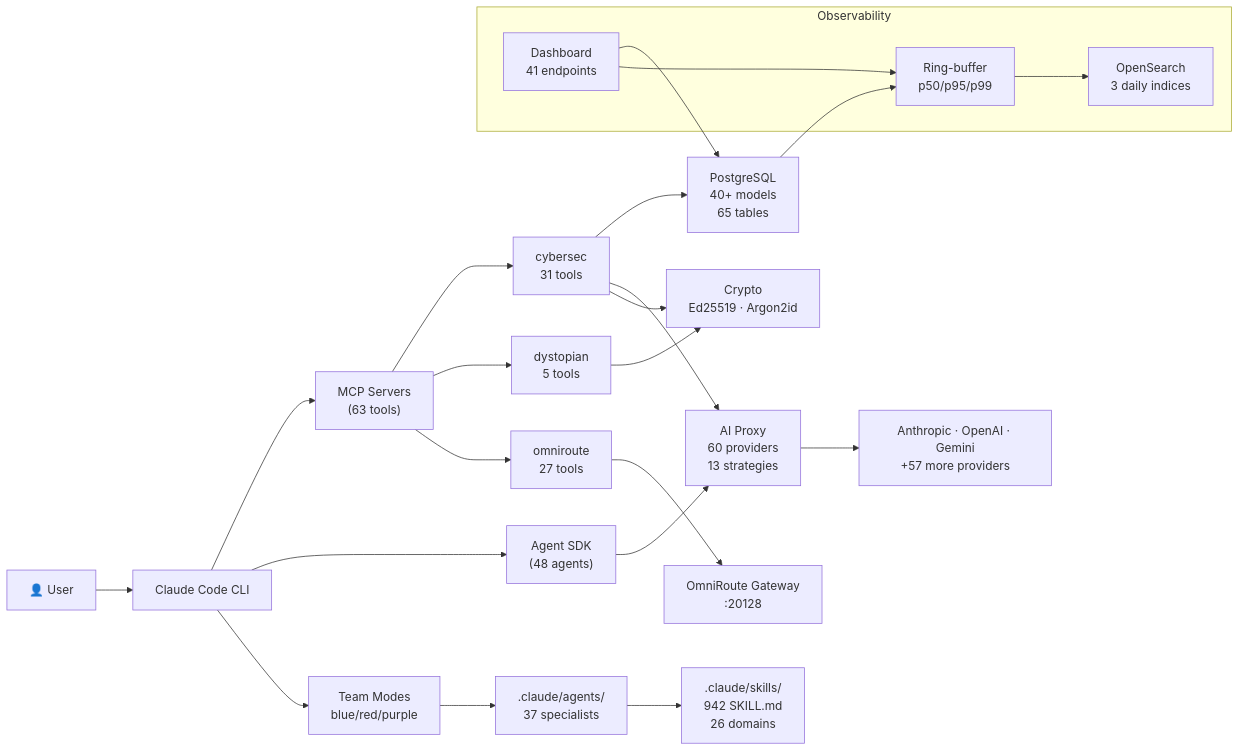
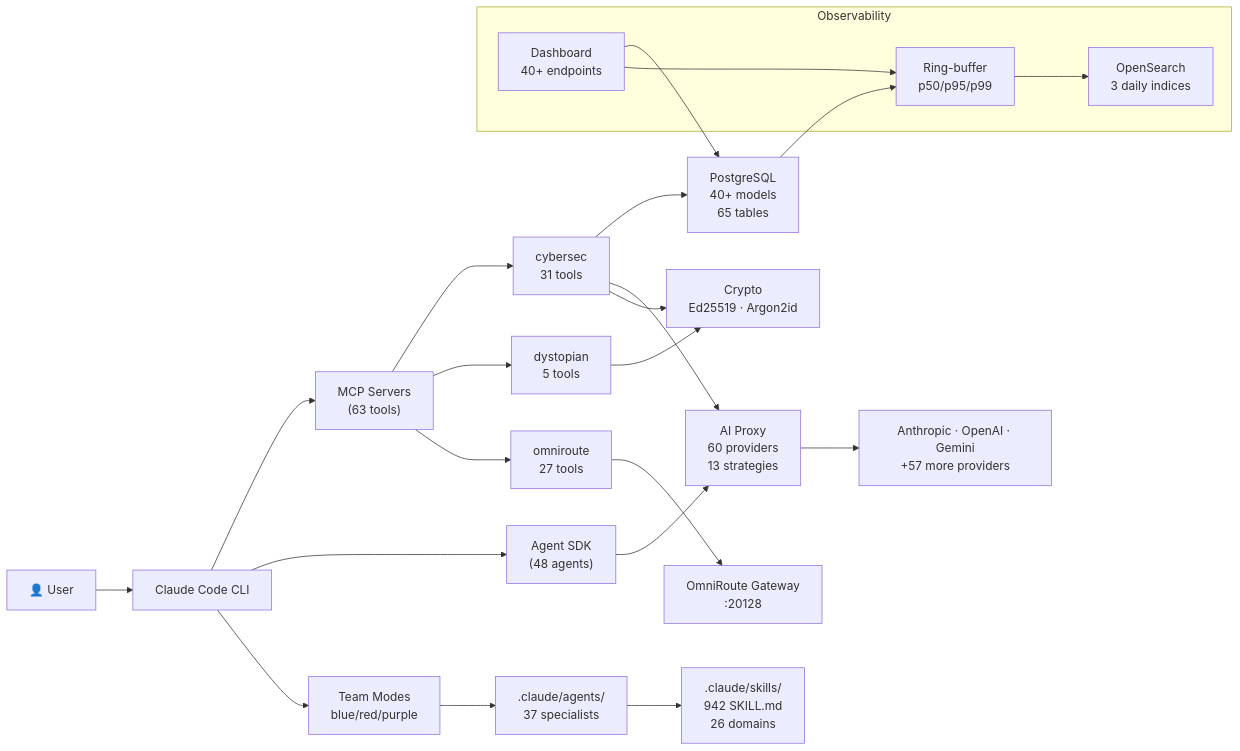
The first of 2 diagrams in docs/architecture.md (DCx7C5/cybersecsuite), drawn with Mermaid before and after one commit. The commit also changed other lines of this file and 112 other files, not shown here.

````diff
--- a/docs/architecture.md
+++ b/docs/architecture.md
@@ -360,35 +361,35 @@
 ```mermaid
 flowchart LR
     User["👤 User"] --> CLI["Claude Code CLI"]
     CLI --> MCP["MCP Servers\n(63 tools)"]
     CLI --> AgentSDK["Agent SDK\n(48 agents)"]
 
     MCP --> Cybersec["cybersec\n31 tools"]
     MCP --> Dystopian["dystopian\n5 tools"]
     MCP --> OmniRoute["omniroute\n27 tools"]
 
     Cybersec --> DB["PostgreSQL\n40+ models\n65 tables"]
     Cybersec --> AIProxy["AI Proxy\n60 providers\n13 strategies"]
     Cybersec --> Crypto["Crypto\nEd25519 · Argon2id"]
     Dystopian --> Crypto
 
     AgentSDK --> AIProxy
     AIProxy --> Providers["Anthropic · OpenAI · Gemini\n+57 more providers"]
 
     OmniRoute --> Gateway["OmniRoute Gateway\n:20128"]
 
     subgraph Observability
         Telemetry["Ring-buffer\np50/p95/p99"]
         OpenSearch["OpenSearch\n3 daily indices"]
-        Dashboard["Dashboard\n41 endpoints"]
+        Dashboard["Dashboard\n40+ endpoints"]
     end
 
     DB --> Telemetry
     Telemetry --> OpenSearch
     Dashboard --> DB
     Dashboard --> Telemetry
 
     CLI --> Teams["Team Modes\nblue/red/purple"]
     Teams --> Agents[".claude/agents/\n37 specialists"]
     Agents --> Skills[".claude/skills/\n942 SKILL.md\n26 domains"]
 ```
````
